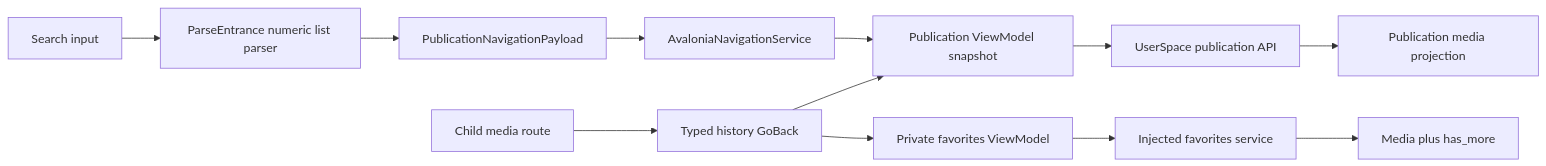
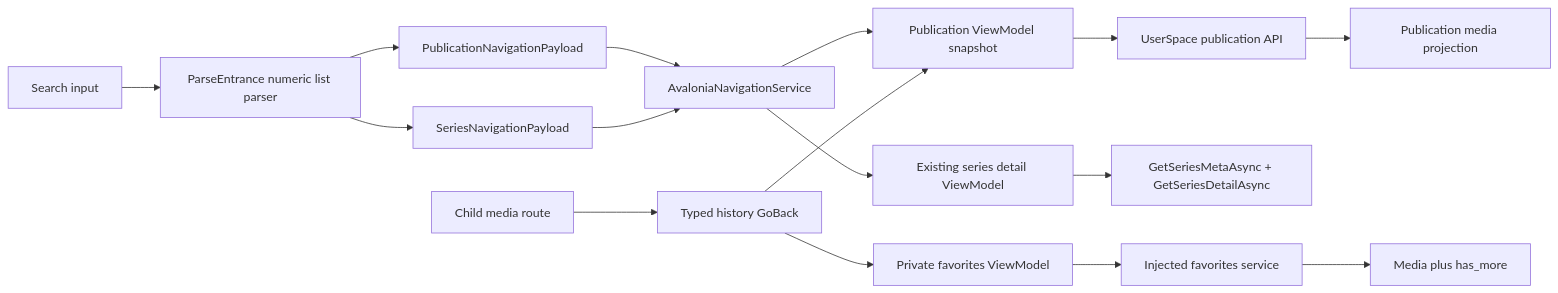
The diagram in docs/design-docs/list-search-navigation.md (403a/downkyicore), drawn with Mermaid before and after one commit. The commit also changed other lines of this file and 13 other files, not shown here.

````diff
--- a/docs/design-docs/list-search-navigation.md
+++ b/docs/design-docs/list-search-navigation.md
@@ -23,14 +24,18 @@
 ```mermaid
 flowchart LR
     Input["Search input"] --> Parser["ParseEntrance numeric list parser"]
     Parser --> Payload["PublicationNavigationPayload"]
+    Parser --> SeriesPayload["SeriesNavigationPayload"]
     Payload --> Router["AvaloniaNavigationService"]
+    SeriesPayload --> Router
     Router --> Publication["Publication ViewModel snapshot"]
     Publication --> WBI["UserSpace publication API"]
     WBI --> Projector["Publication media projection"]
+    Router --> Series["Existing series detail ViewModel"]
+    Series --> SeriesApi["GetSeriesMetaAsync + GetSeriesDetailAsync"]
     Favorite["Private favorites ViewModel"] --> FavoriteApi["Injected favorites service"]
     FavoriteApi --> FavoriteSnapshot["Media plus has_more"]
     Child["Child media route"] --> Back["Typed history GoBack"]
     Back --> Publication
     Back --> Favorite
 ```
````
